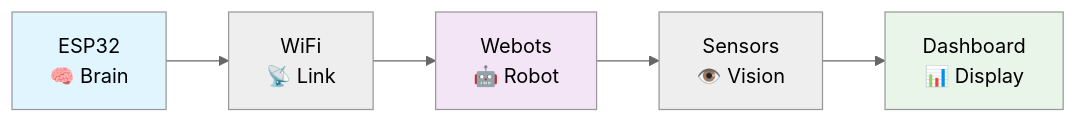
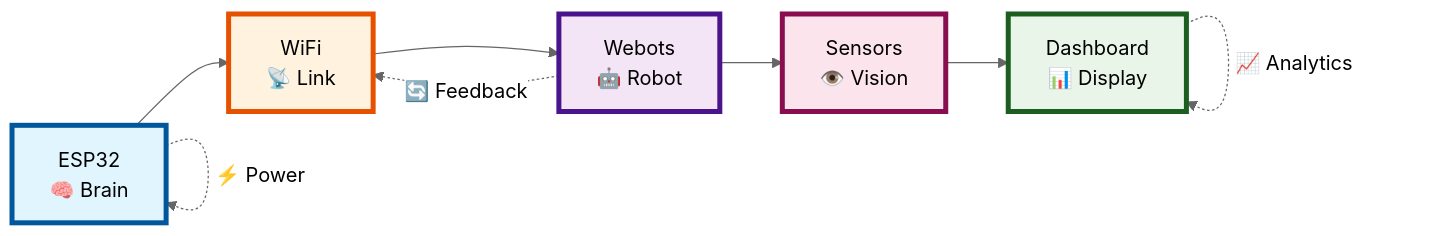
One commit to Simonf8/Hardware-in-the-Loop-Simulation changed the first of 7 diagrams in README.md. Above: the diagram before and after it, drawn with Mermaid (neutral theme). The commit also changed other lines of this file, not shown here.

````diff
--- a/README.md
+++ b/README.md
@@ -38,11 +69,17 @@
 ```mermaid
 graph LR
     A[ESP32<br/>🧠 Brain] --> B[WiFi<br/>📡 Link]
     B --> C[Webots<br/>🤖 Robot]
     C --> D[Sensors<br/>👁️ Vision]
     D --> E[Dashboard<br/>📊 Display]
     
-    style A fill:#e1f5fe
-    style C fill:#f3e5f5
-    style E fill:#e8f5e8
+    style A fill:#e1f5fe,stroke:#01579b,stroke-width:4px
+    style C fill:#f3e5f5,stroke:#4a148c,stroke-width:4px
+    style E fill:#e8f5e8,stroke:#1b5e20,stroke-width:4px
+    style B fill:#fff3e0,stroke:#e65100,stroke-width:4px
+    style D fill:#fce4ec,stroke:#880e4f,stroke-width:4px
+    
+    A -.->|⚡ Power| A
+    C -.->|🔄 Feedback| B
+    E -.->|📈 Analytics| E
 ```
````
